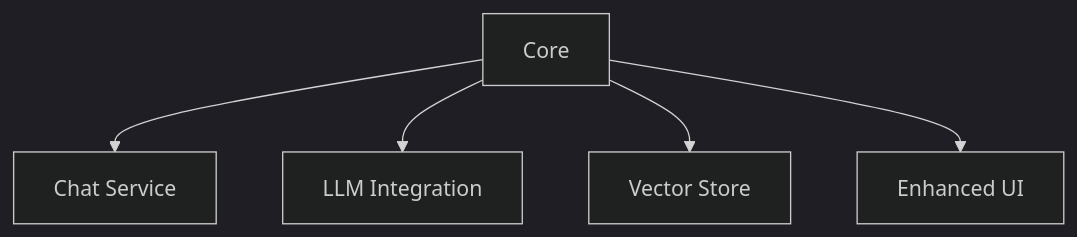
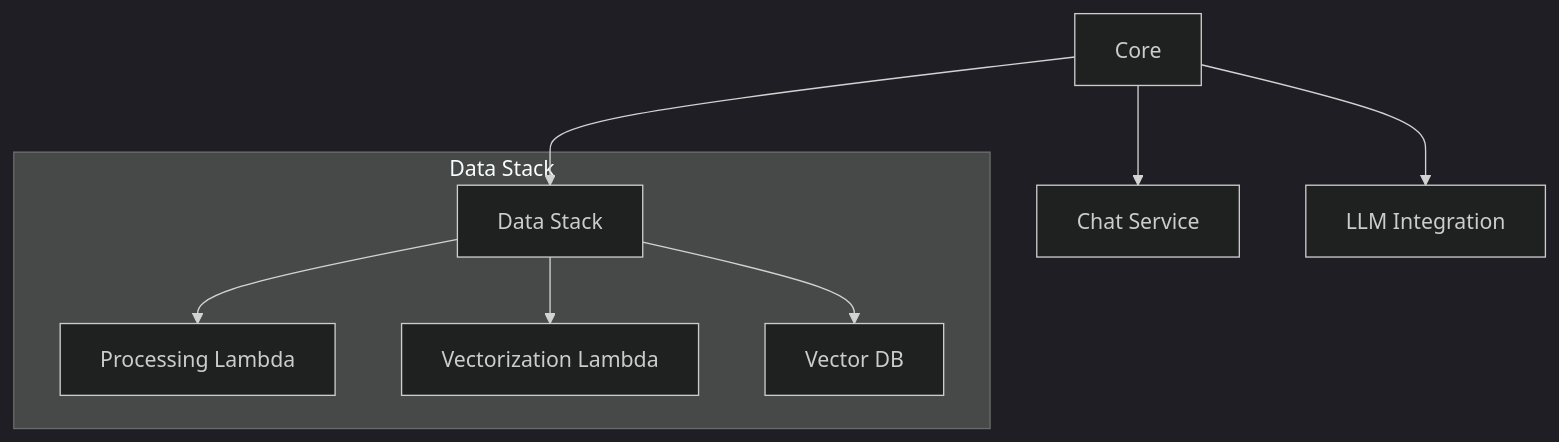
The first of 2 diagrams in memory-bank/activeContext.md (laialex501/lorechat-container), drawn with Mermaid (dark theme) before and after one commit. The commit also changed other lines of this file and 26 other files, not shown here.

Commit message:
Use factory refactory and add upstash vector store

````diff
--- a/memory-bank/activeContext.md
+++ b/memory-bank/activeContext.md
@@ -25,7 +26,12 @@
 ```mermaid
 graph TD
     A[Core] --> B[Chat Service]
     A --> C[LLM Integration]
-    A --> D[Vector Store]
-    A --> E[Enhanced UI]
+    A --> D[Data Stack]
+    
+    subgraph "Data Stack"
+        D --> E[Processing Lambda]
+        D --> F[Vectorization Lambda]
+        D --> G[Vector DB]
+    end
 ```
````
